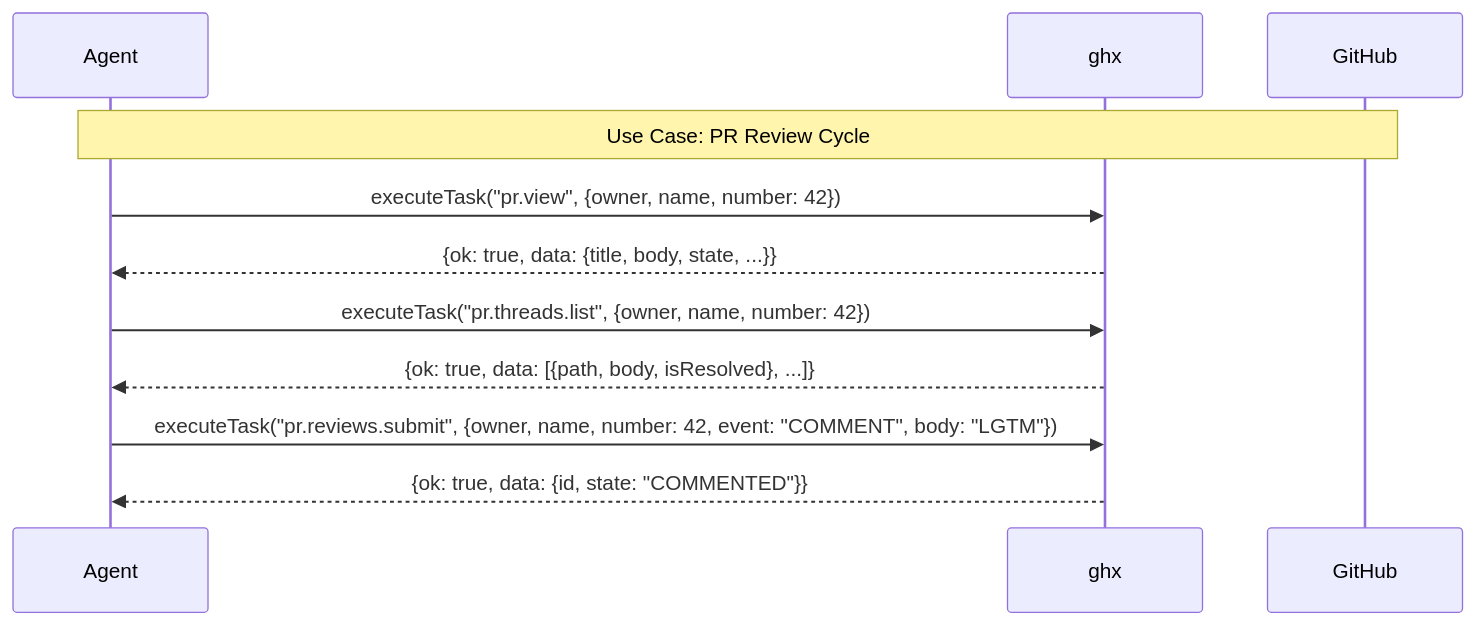
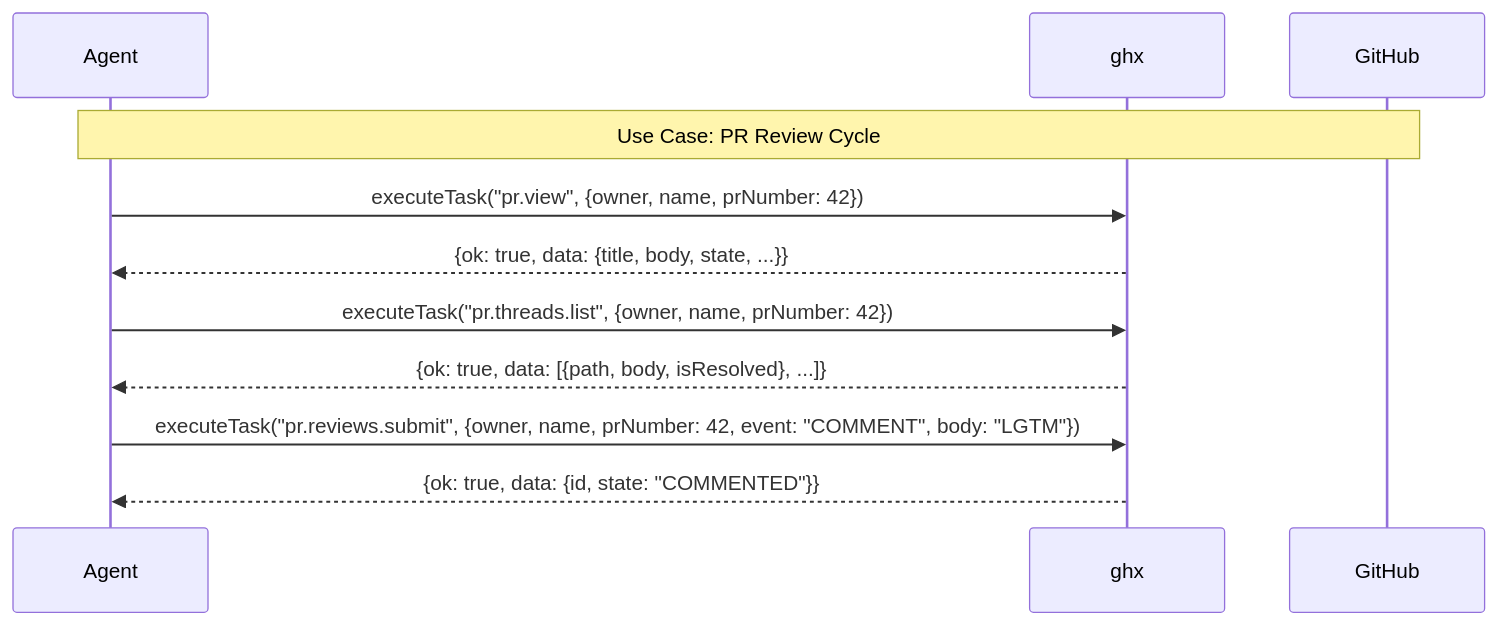
One commit to aryeko/ghx changed the second of 3 diagrams in packages/core/docs/getting-started/README.md. Above: the diagram before and after it, drawn with Mermaid. The commit also changed other lines of this file and 18 other files, not shown here.

````diff
--- a/packages/core/docs/getting-started/README.md
+++ b/packages/core/docs/getting-started/README.md
@@ -112,14 +120,14 @@
 ```mermaid
 sequenceDiagram
     participant Agent
     participant ghx as ghx
     participant GH as GitHub
 
     Note over Agent,GH: Use Case: PR Review Cycle
-    Agent->>ghx: executeTask("pr.view", {owner, name, number: 42})
+    Agent->>ghx: executeTask("pr.view", {owner, name, prNumber: 42})
     ghx-->>Agent: {ok: true, data: {title, body, state, ...}}
-    Agent->>ghx: executeTask("pr.threads.list", {owner, name, number: 42})
+    Agent->>ghx: executeTask("pr.threads.list", {owner, name, prNumber: 42})
     ghx-->>Agent: {ok: true, data: [{path, body, isResolved}, ...]}
-    Agent->>ghx: executeTask("pr.reviews.submit", {owner, name, number: 42, event: "COMMENT", body: "LGTM"})
+    Agent->>ghx: executeTask("pr.reviews.submit", {owner, name, prNumber: 42, event: "COMMENT", body: "LGTM"})
     ghx-->>Agent: {ok: true, data: {id, state: "COMMENTED"}}
 ```
````
